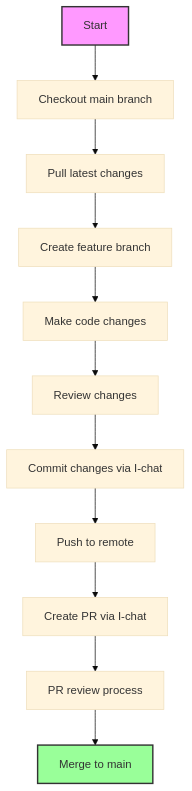
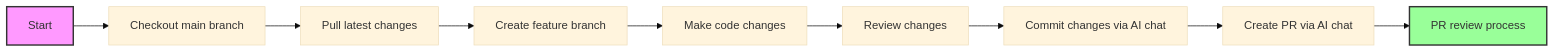
Before and after one commit to speedandfunction/website: the diagram in docs/PR_WORKFLOW.md, drawn with Mermaid (base theme).

Commit message:
Update PR workflow diagram
- Change workflow direction from TD to LR for better visualization
- Simplify diagram by removing redundant steps
- Update the style indicators to match new workflow

````diff
--- a/docs/PR_WORKFLOW.md
+++ b/docs/PR_WORKFLOW.md
@@ -42,16 +42,14 @@
 ```mermaid
-flowchart TD
+flowchart LR
     A[Start] --> B[Checkout main branch]
     B --> C[Pull latest changes]
     C --> D[Create feature branch]
     D --> E[Make code changes]
     E --> F[Review changes]
-    F --> G[Commit changes via I-chat]
-    G --> H[Push to remote]
-    H --> I[Create PR via I-chat]
+    F --> G[Commit changes via AI chat]
+    G --> I[Create PR via AI chat]
     I --> J[PR review process]
-    J --> K[Merge to main]
     
     style A fill:#f9f,stroke:#333,stroke-width:2px
-    style K fill:#9f9,stroke:#333,stroke-width:2px
+    style J fill:#9f9,stroke:#333,stroke-width:2px
 ```
````
